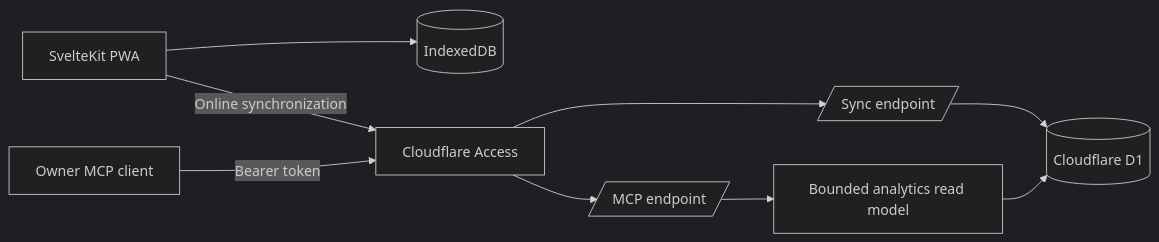
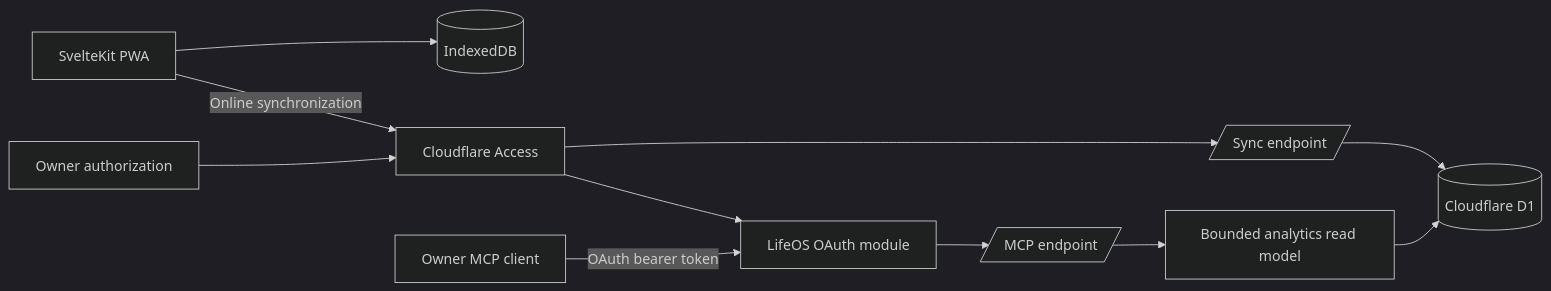
One commit to devwaseem/lifeos changed the diagram in README.md. Above: the diagram before and after it, drawn with Mermaid (dark theme). The commit also changed other lines of this file and 12 other files, not shown here.

Commit message:
feat: add authenticated LifeOS MCP server

````diff
--- a/README.md
+++ b/README.md
@@ -22,11 +22,13 @@
 ```mermaid
 flowchart LR
     UI[SvelteKit PWA] --> IDB[(IndexedDB)]
     UI -->|Online synchronization| Access[Cloudflare Access]
-    Client[Owner MCP client] -->|Bearer token| Access
+    Browser[Owner authorization] --> Access
+    Access --> OAuth[LifeOS OAuth module]
+    Client[Owner MCP client] -->|OAuth bearer token| OAuth
     Access --> Sync[/Sync endpoint/]
-    Access --> MCP[/MCP endpoint/]
+    OAuth --> MCP[/MCP endpoint/]
     Sync --> D1[(Cloudflare D1)]
     MCP --> ReadModel[Bounded analytics read model]
     ReadModel --> D1
 ```
````
